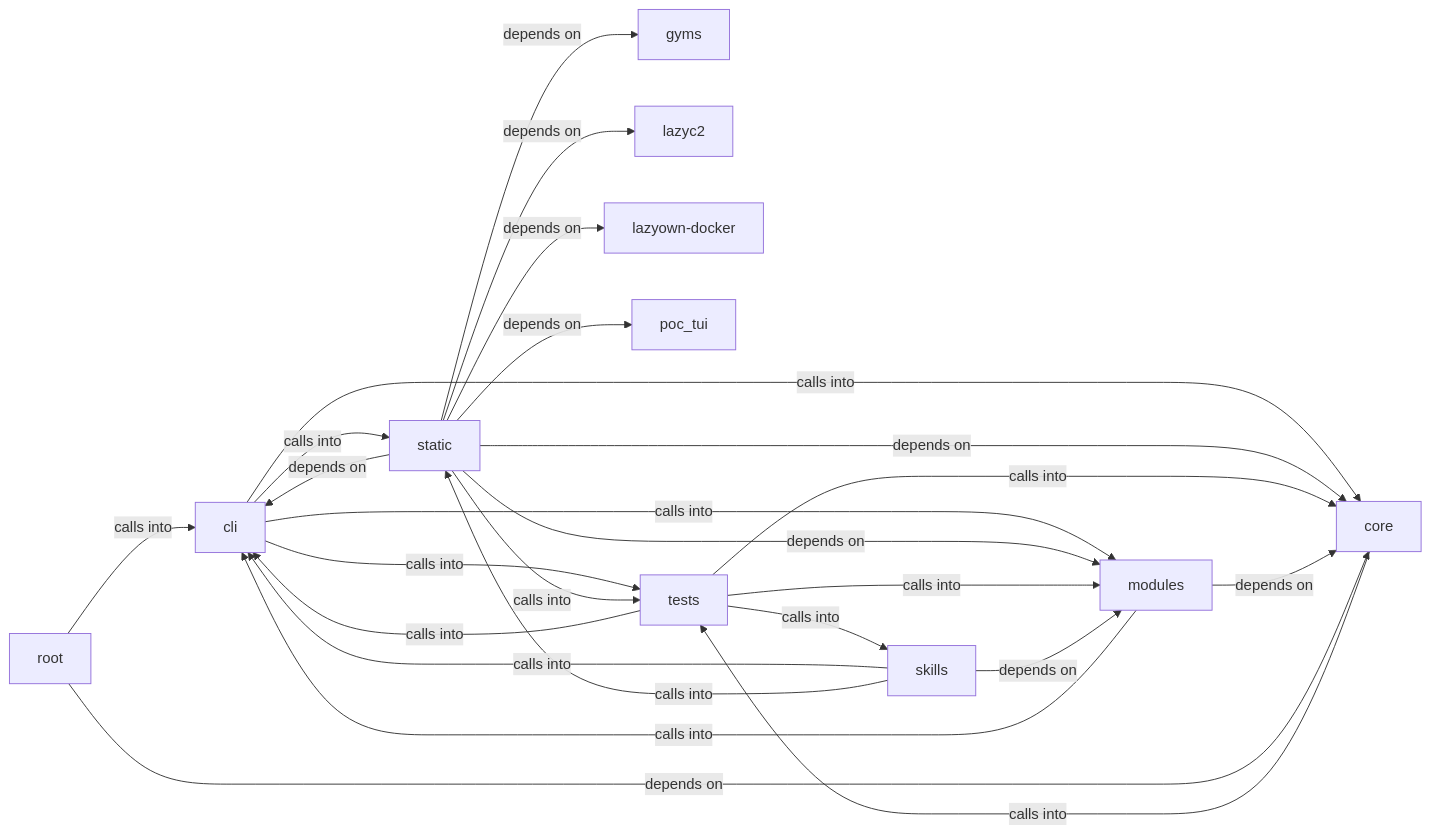
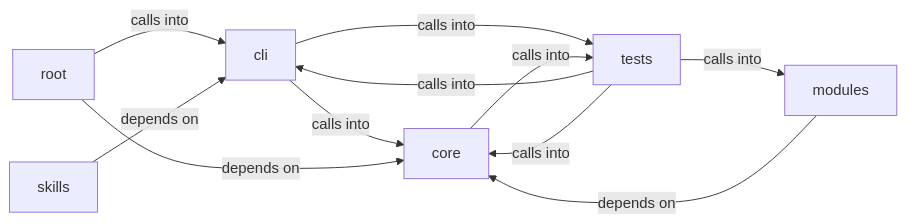
One commit to grisuno/LazyOwn changed the diagram in readmenator-diagrams/cli.md. Above: the diagram before and after it, drawn with Mermaid. The commit also changed other lines of this file and 300 other files, not shown here.

````diff
--- a/readmenator-diagrams/cli.md
+++ b/readmenator-diagrams/cli.md
@@ -5,38 +5,19 @@
 ```mermaid
 graph LR
     cli["cli"]
     core["core"]
-    gyms["gyms"]
-    lazyc2["lazyc2"]
-    lazyown_docker["lazyown-docker"]
     modules["modules"]
-    poc_tui["poc_tui"]
     root["root"]
     skills["skills"]
-    static["static"]
     tests["tests"]
-    cli -- "calls into" --> static
+    cli -- "calls into" --> core
     cli -- "calls into" --> tests
-    cli -- "calls into" --> core
-    cli -- "calls into" --> modules
-    static -- "depends on" --> cli
-    static -- "calls into" --> tests
-    static -- "depends on" --> core
-    static -- "depends on" --> gyms
-    static -- "depends on" --> lazyc2
-    static -- "depends on" --> lazyown_docker
-    static -- "depends on" --> modules
-    static -- "depends on" --> poc_tui
+    core -- "calls into" --> tests
+    modules -- "depends on" --> core
+    root -- "calls into" --> cli
+    root -- "depends on" --> core
+    skills -- "depends on" --> cli
     tests -- "calls into" --> cli
     tests -- "calls into" --> core
     tests -- "calls into" --> modules
-    tests -- "calls into" --> skills
-    core -- "calls into" --> tests
-    modules -- "calls into" --> cli
-    modules -- "depends on" --> core
-    root -- "calls into" --> cli
-    root -- "depends on" --> core
-    skills -- "calls into" --> cli
-    skills -- "calls into" --> static
-    skills -- "depends on" --> modules
 ```
````
